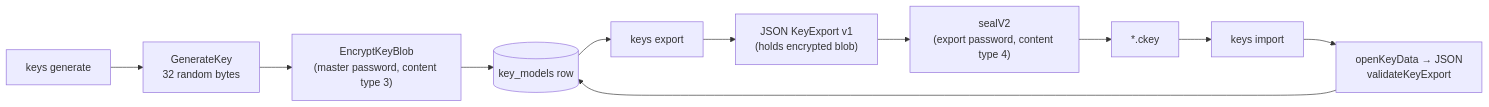
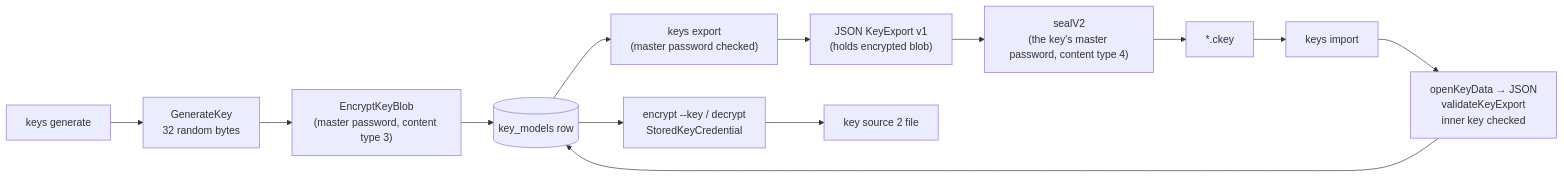
Before and after one commit to jabbott-iii/Cryptare: the third of 3 diagrams in intel/map.md, drawn with Mermaid. The commit also changed other lines of this file and 23 other files, not shown here.

````diff
--- a/intel/map.md
+++ b/intel/map.md
@@ -112,6 +122,7 @@
 ```mermaid
 flowchart LR
   gen["keys generate"] --> rk["GenerateKey<br/>32 random bytes"] --> eb["EncryptKeyBlob<br/>(master password, content type 3)"] --> row[("key_models row")]
-  row --> exp["keys export"] --> env["JSON KeyExport v1<br/>(holds encrypted blob)"] --> eb2["sealV2<br/>(export password, content type 4)"] --> ckey["*.ckey"]
-  ckey --> imp["keys import"] --> dec["openKeyData → JSON<br/>validateKeyExport"] --> row
+  row --> exp["keys export<br/>(master password checked)"] --> env["JSON KeyExport v1<br/>(holds encrypted blob)"] --> eb2["sealV2<br/>(the key's master password, content type 4)"] --> ckey["*.ckey"]
+  ckey --> imp["keys import"] --> dec["openKeyData → JSON<br/>validateKeyExport<br/>inner key checked"] --> row
+  row --> use["encrypt --key / decrypt<br/>StoredKeyCredential"] --> enc2["key source 2 file"]
 ```
````
